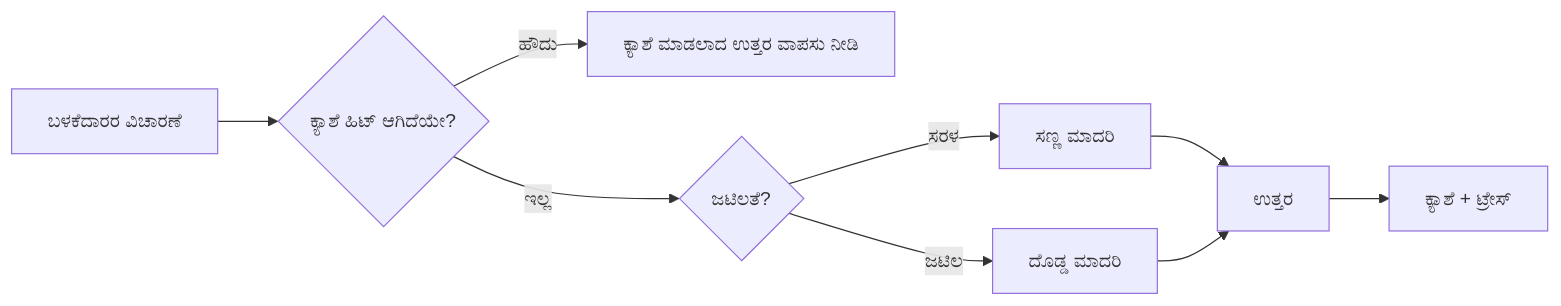
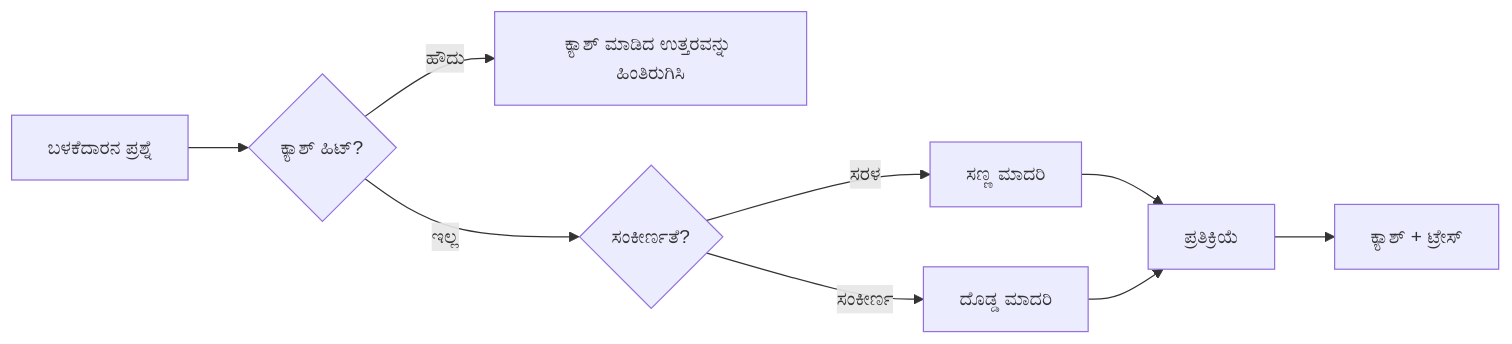
The third of 4 diagrams in translations/kn/16-deploying-scalable-agents/README.md (microsoft/ai-agents-for-beginners), drawn with Mermaid before and after one commit. The commit also changed other lines of this file and 43 other files, not shown here.

````diff
--- a/translations/kn/16-deploying-scalable-agents/README.md
+++ b/translations/kn/16-deploying-scalable-agents/README.md
@@ -134,11 +134,11 @@
 ```mermaid
 flowchart LR
-    Q[ಬಳಕೆದಾರರ ವಿಚಾರಣೆ] --> C{ಕ್ಯಾಶೆ ಹಿಟ್ ಆಗಿದೆಯೇ?}
-    C -->|ಹೌದು| R[ಕ್ಯಾಶೆ ಮಾಡಲಾದ ಉತ್ತರ ವಾಪಸು ನೀಡಿ]
-    C -->|ಇಲ್ಲ| Router{ಜಟಿಲತೆ?}
+    Q[ಬಳಕೆದಾರನ ಪ್ರಶ್ನೆ] --> C{ಕ್ಯಾಶ್ ಹಿಟ್?}
+    C -->|ಹೌದು| R[ಕ್ಯಾಶ್ ಮಾಡಿದ ಉತ್ತರವನ್ನು ಹಿಂತಿರುಗಿಸಿ]
+    C -->|ಇಲ್ಲ| Router{ಸಂಕೀರ್ಣತೆ?}
     Router -->|ಸರಳ| SLM[ಸಣ್ಣ ಮಾದರಿ]
-    Router -->|ಜಟಿಲ| LLM[ದೊಡ್ಡ ಮಾದರಿ]
-    SLM --> Out[ಉತ್ತರ]
+    Router -->|ಸಂಕೀರ್ಣ| LLM[ದೊಡ್ಡ ಮಾದರಿ]
+    SLM --> Out[ಪ್ರತಿಕ್ರಿಯೆ]
     LLM --> Out
-    Out --> Store[ಕ್ಯಾಶೆ + ಟ್ರೇಸ್]
+    Out --> Store[ಕ್ಯಾಶ್ + ಟ್ರೇಸ್]
 ```
````
